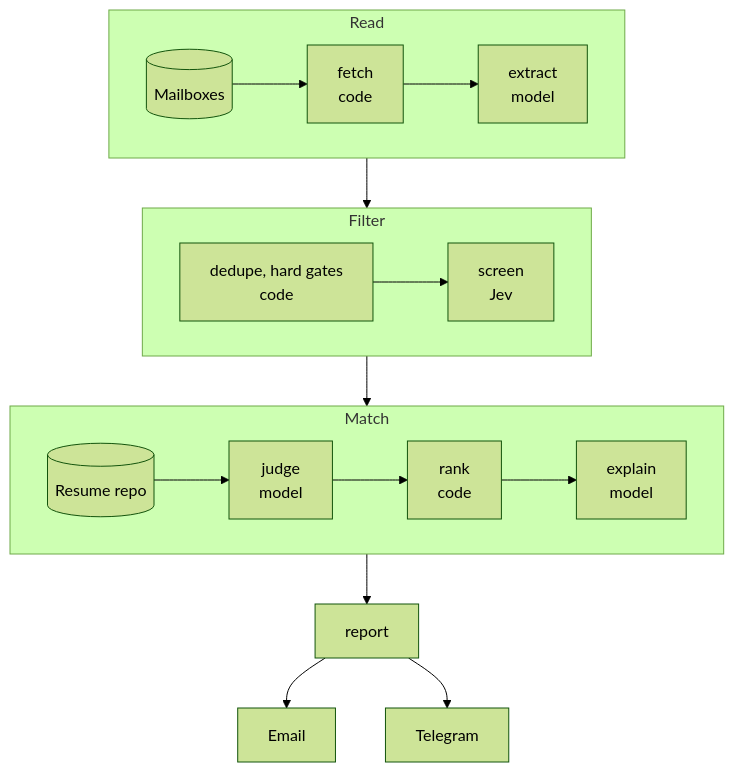
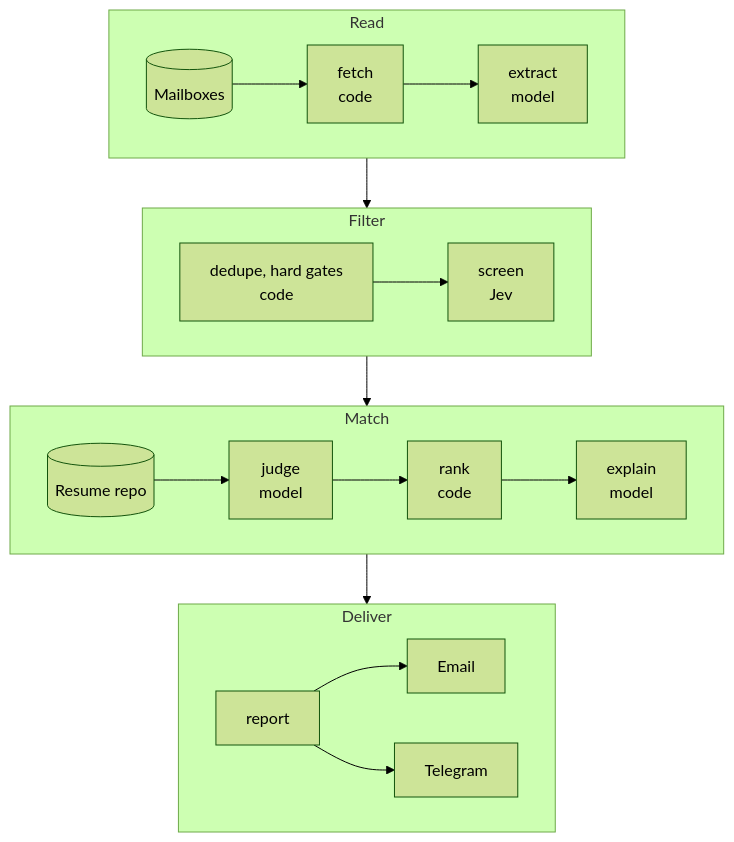
One commit to PCBZ/job-scan changed the first of 2 diagrams in README.md. Above: the diagram before and after it, drawn with Mermaid (forest theme).

Commit message:
docs(readme): link the diagram's rows, not their boxes, so each row stays horizontal

````diff
--- a/README.md
+++ b/README.md
@@ -26,18 +26,20 @@
 ```mermaid
 flowchart TB
   subgraph read [Read]
     direction LR
     mail[(Mailboxes)] --> fetch[fetch<br/>code] --> extract[extract<br/>model]
   end
   subgraph filter [Filter]
     direction LR
     dedupe[dedupe, hard gates<br/>code] --> screen[screen<br/>Jev]
   end
   subgraph match [Match]
     direction LR
     resumes[(Resume repo)] --> judge[judge<br/>model] --> rank[rank<br/>code] --> explain[explain<br/>model]
   end
-  extract --> dedupe
-  screen --> judge
-  explain --> report[report] --> email[Email] & tg[Telegram]
+  subgraph deliver [Deliver]
+    direction LR
+    report[report] --> email[Email] & tg[Telegram]
+  end
+  read --> filter --> match --> deliver
 ```
````
